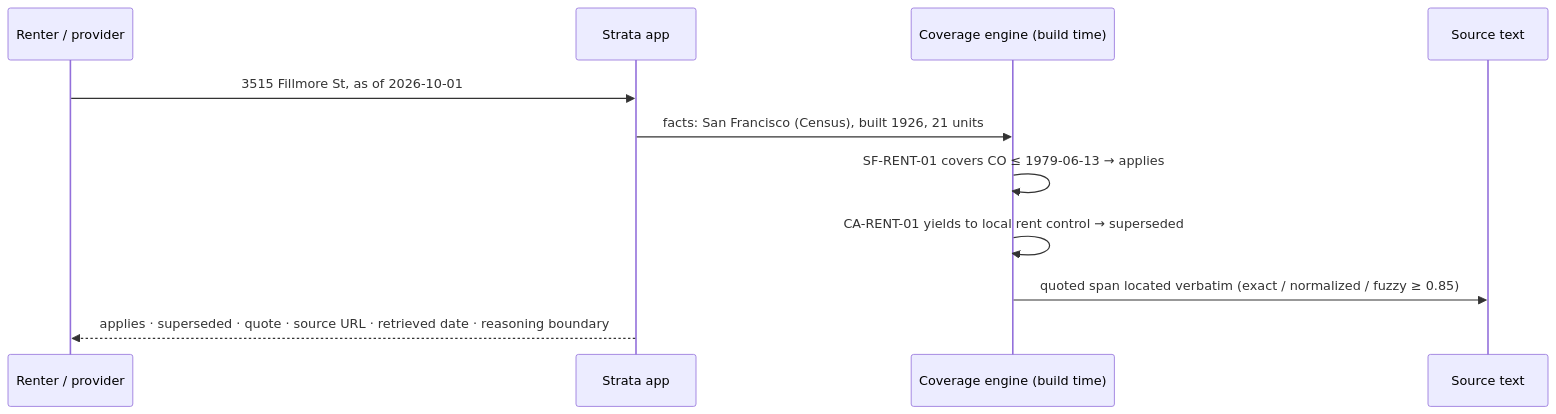
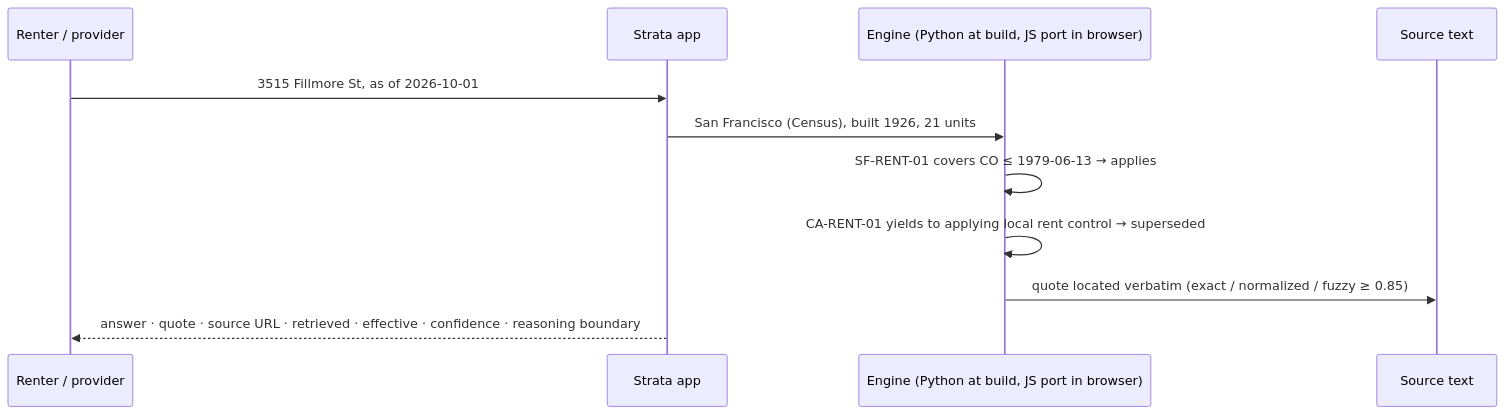
The third of 3 diagrams in README.md (Teeraphat2543Inta/strata-rental-law-navigator), drawn with Mermaid before and after one commit. The commit also changed other lines of this file and 18 other files, not shown here.

````diff
--- a/README.md
+++ b/README.md
@@ -155,13 +127,13 @@
 ```mermaid
 sequenceDiagram
     participant U as Renter / provider
     participant App as Strata app
-    participant Eng as Coverage engine (build time)
+    participant Eng as Engine (Python at build, JS port in browser)
     participant Src as Source text
     U->>App: 3515 Fillmore St, as of 2026-10-01
-    App->>Eng: facts: San Francisco (Census), built 1926, 21 units
+    App->>Eng: San Francisco (Census), built 1926, 21 units
     Eng->>Eng: SF-RENT-01 covers CO ≤ 1979-06-13 → applies
-    Eng->>Eng: CA-RENT-01 yields to local rent control → superseded
-    Eng->>Src: quoted span located verbatim (exact / normalized / fuzzy ≥ 0.85)
-    App-->>U: applies · superseded · quote · source URL · retrieved date · reasoning boundary
+    Eng->>Eng: CA-RENT-01 yields to applying local rent control → superseded
+    Eng->>Src: quote located verbatim (exact / normalized / fuzzy ≥ 0.85)
+    App-->>U: answer · quote · source URL · retrieved · effective · confidence · reasoning boundary
 ```
````
